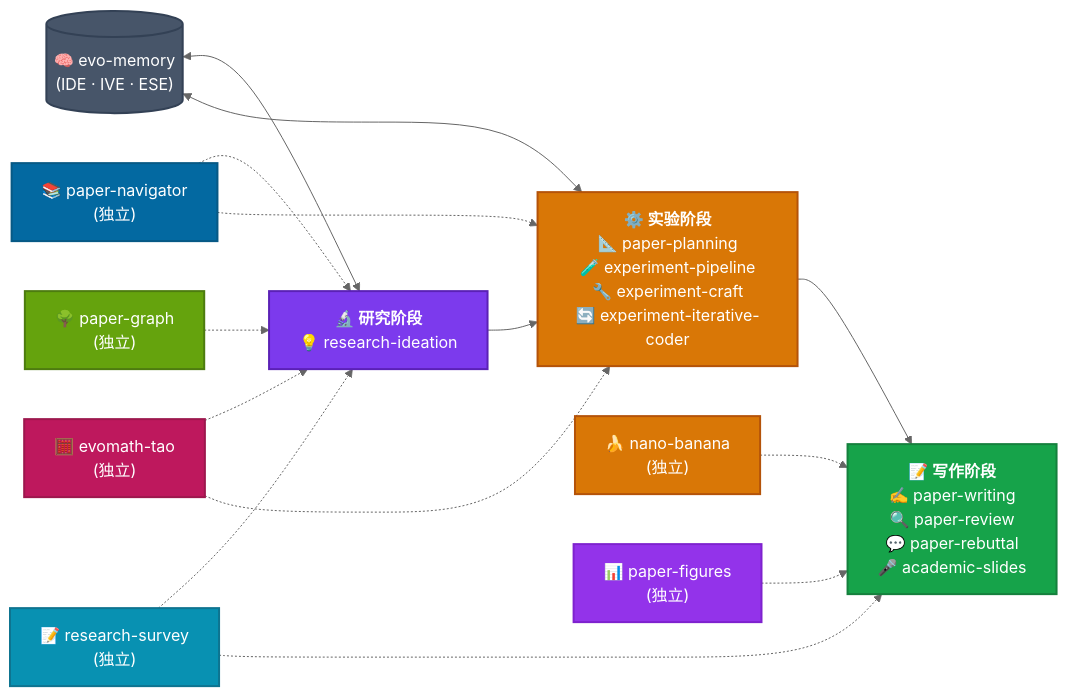
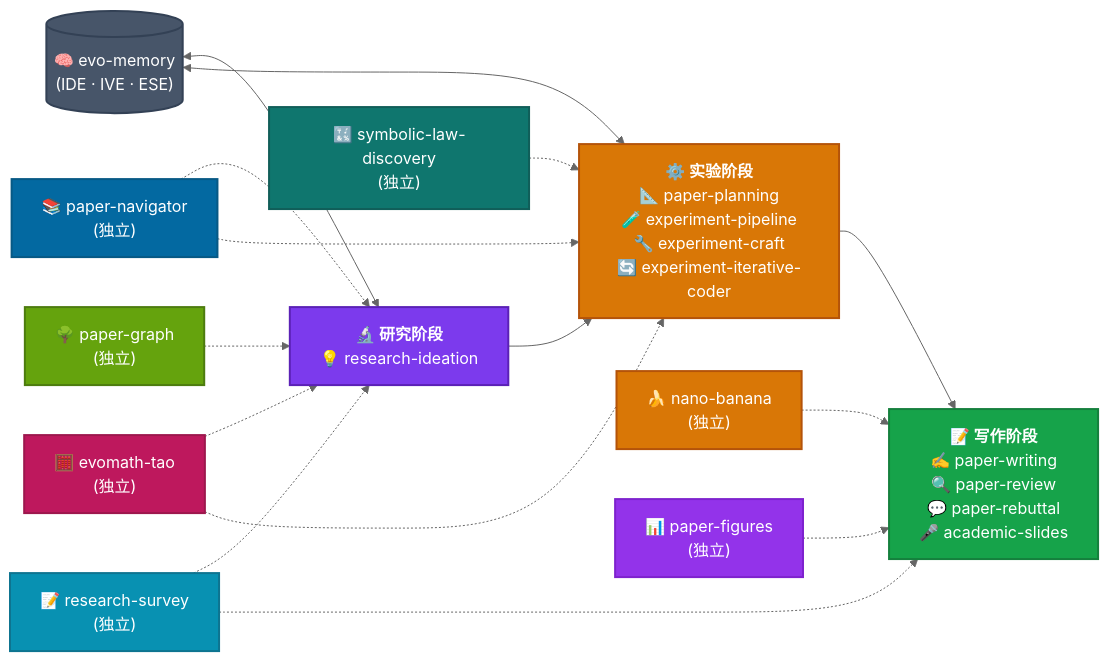
Before and after one commit to EvoScientist/EvoSkills: the diagram in README.zh-CN.md, drawn with Mermaid (neutral theme). The commit also changed other lines of this file and 8 other files, not shown here.

Commit message:
feat(symbolic-law-discovery): add skill

````diff
--- a/README.zh-CN.md
+++ b/README.zh-CN.md
@@ -93,29 +94,31 @@
 ```mermaid
 flowchart LR
     A["<b>🔬 研究阶段</b><br/>💡 research-ideation"]
     --> B["<b>⚙️ 实验阶段</b><br/>📐 paper-planning<br/>🧪 experiment-pipeline<br/>🔧 experiment-craft<br/>🔄 experiment-iterative-coder"]
     --> C["<b>📝 写作阶段</b><br/>✍️ paper-writing<br/>🔍 paper-review<br/>💬 paper-rebuttal<br/>🎤 academic-slides"]
 
     D[("🧠 evo-memory<br/>(IDE · IVE · ESE)")] <--> A
     D <--> B
     E["📚 paper-navigator<br/>(独立)"] -.-> A
     E -.-> B
     F["🍌 nano-banana<br/>(独立)"] -.-> C
     G["🧮 evomath-tao<br/>(独立)"] -.-> A
     G -.-> B
     H["📝 research-survey<br/>(独立)"] -.-> A
     H -.-> C
     I["🌳 paper-graph<br/>(独立)"] -.-> A
     J["📊 paper-figures<br/>(独立)"] -.-> C
+    K["🔣 symbolic-law-discovery<br/>(独立)"] -.-> B
 
     style A fill:#7C3AED,stroke:#5B21B6,stroke-width:2px,color:#fff
     style B fill:#D97706,stroke:#B45309,stroke-width:2px,color:#fff
     style C fill:#16A34A,stroke:#15803D,stroke-width:2px,color:#fff
     style D fill:#475569,stroke:#334155,stroke-width:2px,color:#fff
     style E fill:#0369A1,stroke:#075985,stroke-width:2px,color:#fff
     style F fill:#D97706,stroke:#B45309,stroke-width:2px,color:#fff
     style G fill:#BE185D,stroke:#9D174D,stroke-width:2px,color:#fff
     style H fill:#0891B2,stroke:#0E7490,stroke-width:2px,color:#fff
     style I fill:#65A30D,stroke:#4D7C0F,stroke-width:2px,color:#fff
     style J fill:#9333EA,stroke:#7E22CE,stroke-width:2px,color:#fff
+    style K fill:#0F766E,stroke:#115E59,stroke-width:2px,color:#fff
 ```
````
